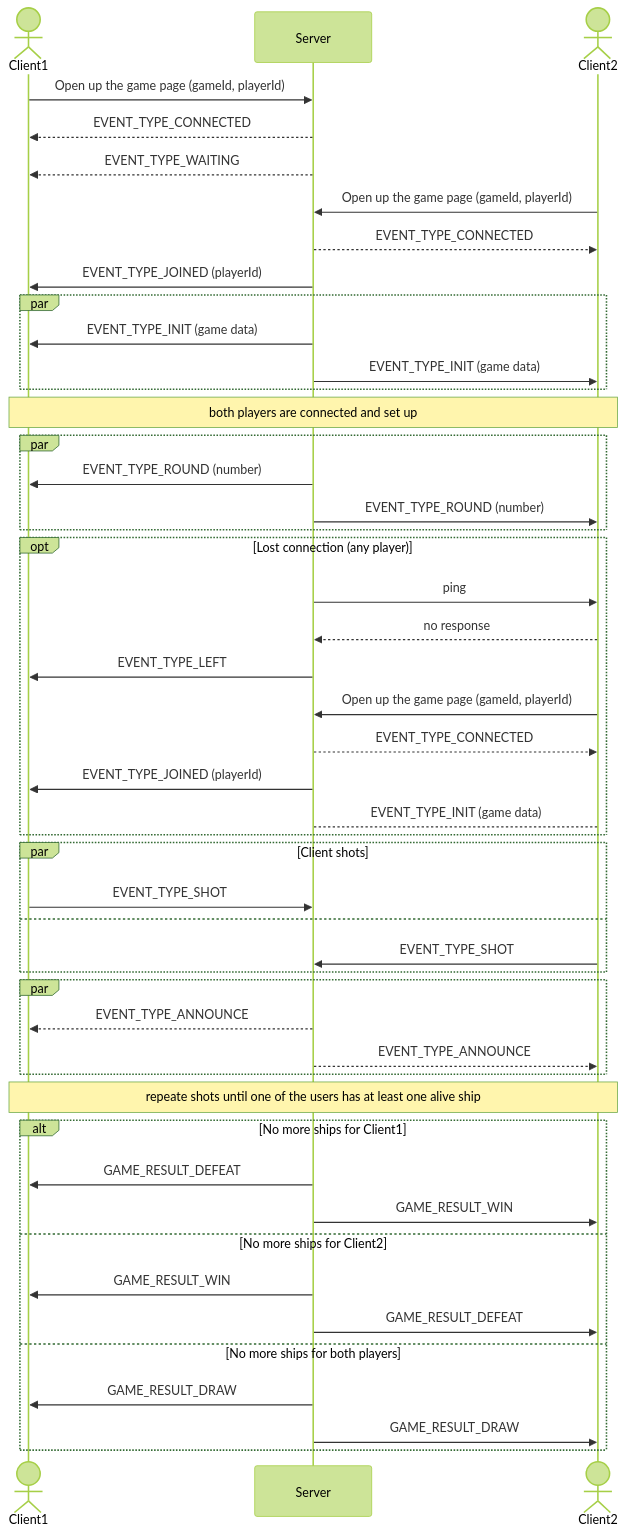
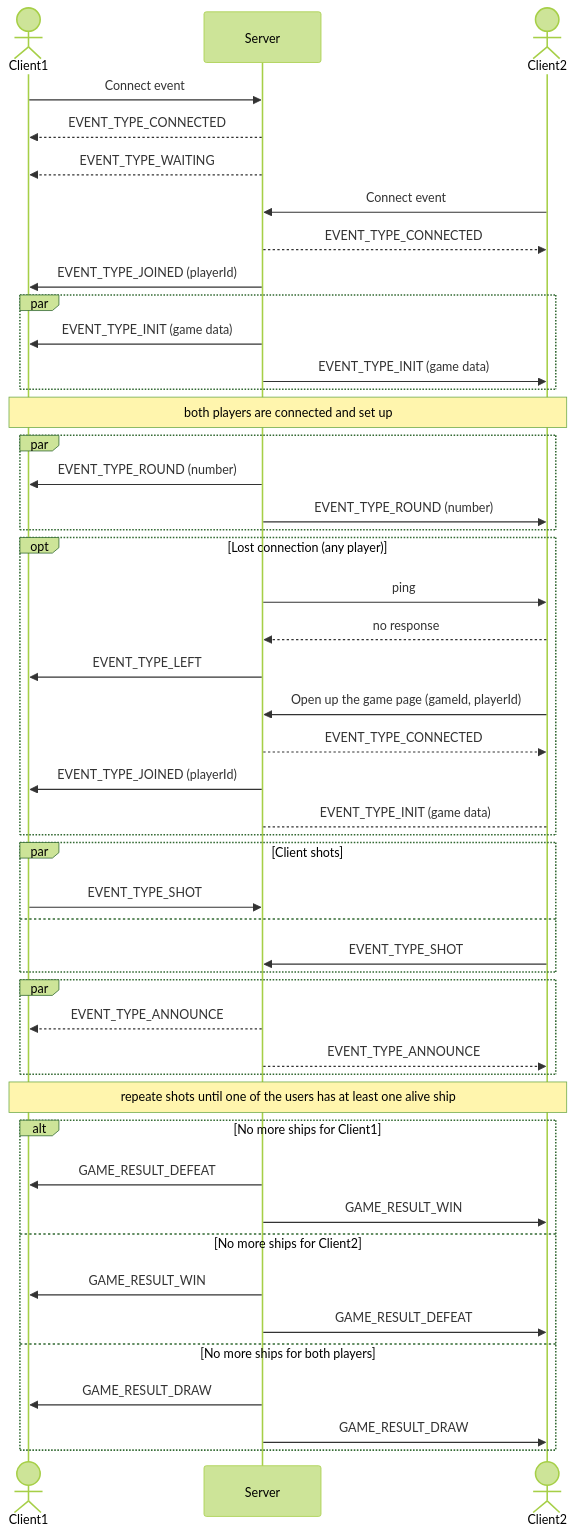
Before and after one commit to np25071984/battleships: the second of 2 diagrams in README.md, drawn with Mermaid (forest theme). The commit also changed other lines of this file and 2 other files, not shown here.

Commit message:
Check if board active

````diff
--- a/README.md
+++ b/README.md
@@ -58,50 +55,50 @@
 ```mermaid
 sequenceDiagram
     actor Client1
     participant Server
     actor Client2
-    Client1->>Server: Open up the game page (gameId, playerId)
+    Client1->>Server: Connect event
     Server-->>Client1: EVENT_TYPE_CONNECTED
     Server-->>Client1: EVENT_TYPE_WAITING
-    Client2->>Server: Open up the game page (gameId, playerId)
+    Client2->>Server: Connect event
     Server-->>Client2: EVENT_TYPE_CONNECTED
     Server->>Client1: EVENT_TYPE_JOINED (playerId)
     par
         Server->>Client1: EVENT_TYPE_INIT (game data)
         Server->>Client2: EVENT_TYPE_INIT (game data)
     end
     Note over Client1, Client2: both players are connected and set up
     par
         Server->>Client1: EVENT_TYPE_ROUND (number)
         Server->>Client2: EVENT_TYPE_ROUND (number)
     end
     opt Lost connection (any player)
         Server->>Client2: ping
         Client2-->>Server: no response
         Server->>Client1: EVENT_TYPE_LEFT
         Client2->>Server: Open up the game page (gameId, playerId)
         Server-->>Client2: EVENT_TYPE_CONNECTED
         Server->>Client1: EVENT_TYPE_JOINED (playerId)
         Server-->Client2: EVENT_TYPE_INIT (game data)
     end
     par Client shots
         Client1->>Server: EVENT_TYPE_SHOT
     and
         Client2->>Server: EVENT_TYPE_SHOT
     end
     par
         Server-->>Client1: EVENT_TYPE_ANNOUNCE
         Server-->>Client2: EVENT_TYPE_ANNOUNCE
     end
     Note over Client1, Client2: repeate shots until one of the users has at least one alive ship
     alt No more ships for Client1
         Server->>Client1: GAME_RESULT_DEFEAT
         Server->>Client2: GAME_RESULT_WIN
     else No more ships for Client2
         Server->>Client1: GAME_RESULT_WIN
         Server->>Client2: GAME_RESULT_DEFEAT
     else No more ships for both players
         Server->>Client1: GAME_RESULT_DRAW
         Server->>Client2: GAME_RESULT_DRAW
     end
 ```
````
